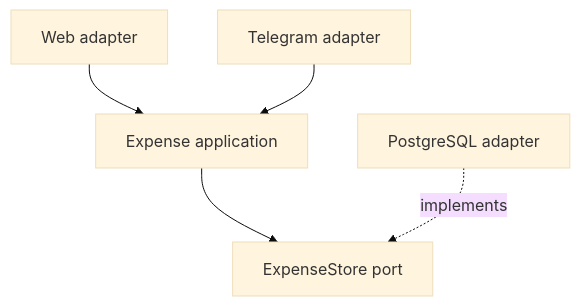
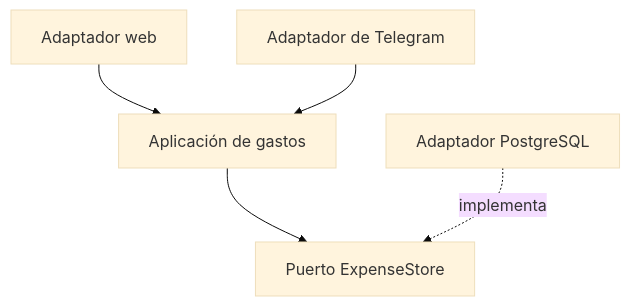
One commit to tomashevia27/gastobot changed the first of 2 diagrams in docs/development-methodology.md. Above: the diagram before and after it, drawn with Mermaid (base theme). The commit also changed other lines of this file and 13 other files, not shown here.

```diff
--- a/docs/development-methodology.md
+++ b/docs/development-methodology.md
@@ -102,7 +102,7 @@
 ~~~mermaid
 flowchart TD
-    Web["Web adapter"] --> App["Expense application"]
-    Telegram["Telegram adapter"] --> App
-    App --> Port["ExpenseStore port"]
-    PG["PostgreSQL adapter"] -. "implements" .-> Port
+    Web["Adaptador web"] --> App["Aplicación de gastos"]
+    Telegram["Adaptador de Telegram"] --> App
+    App --> Port["Puerto ExpenseStore"]
+    PG["Adaptador PostgreSQL"] -. "implementa" .-> Port
 ~~~
```
